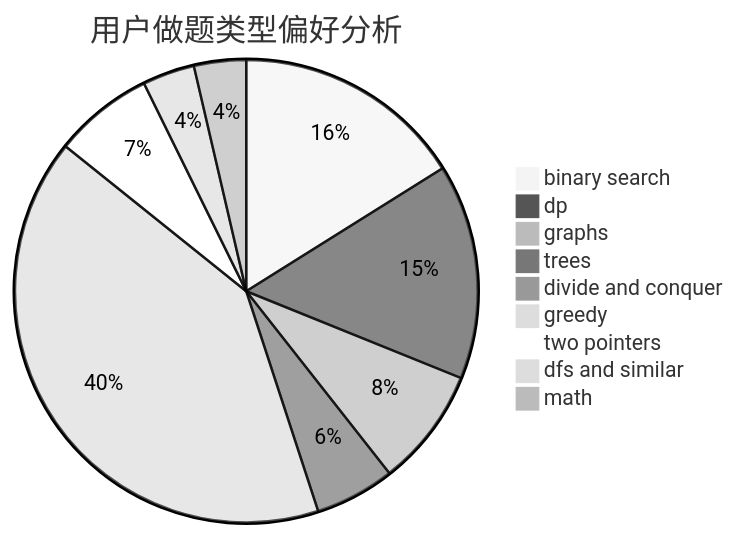
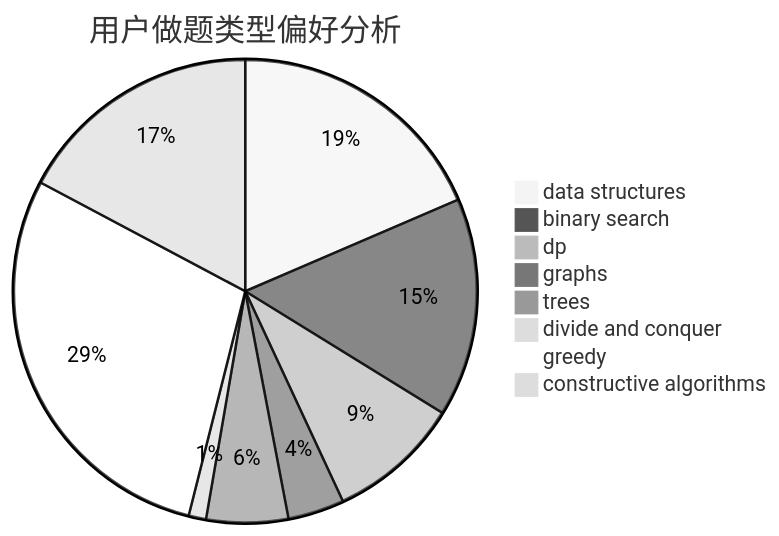
The second of 3 diagrams in docs/user/u2451.md (sherpahu/cfrs.github.io), drawn with Mermaid (neutral theme) before and after one commit. The commit also changed other lines of this file and 2775 other files, not shown here.

````diff
--- a/docs/user/u2451.md
+++ b/docs/user/u2451.md
@@ -23,12 +23,11 @@
 ```mermaid
 pie title 用户做题类型偏好分析
-    "binary search" :  208
-    "dp" :  194
-    "graphs" :  107
-    "trees" :  72
+    "data structures" :  198
+    "binary search" :  163
+    "dp" :  99
+    "graphs" :  42
+    "trees" :  61
     "divide and conquer" :  13
-    "greedy" :  527
-    "two pointers" :  90
-    "dfs and similar" :  47
-    "math" :  47
+    "greedy" :  308
+    "constructive algorithms" :  184
 ```
````
